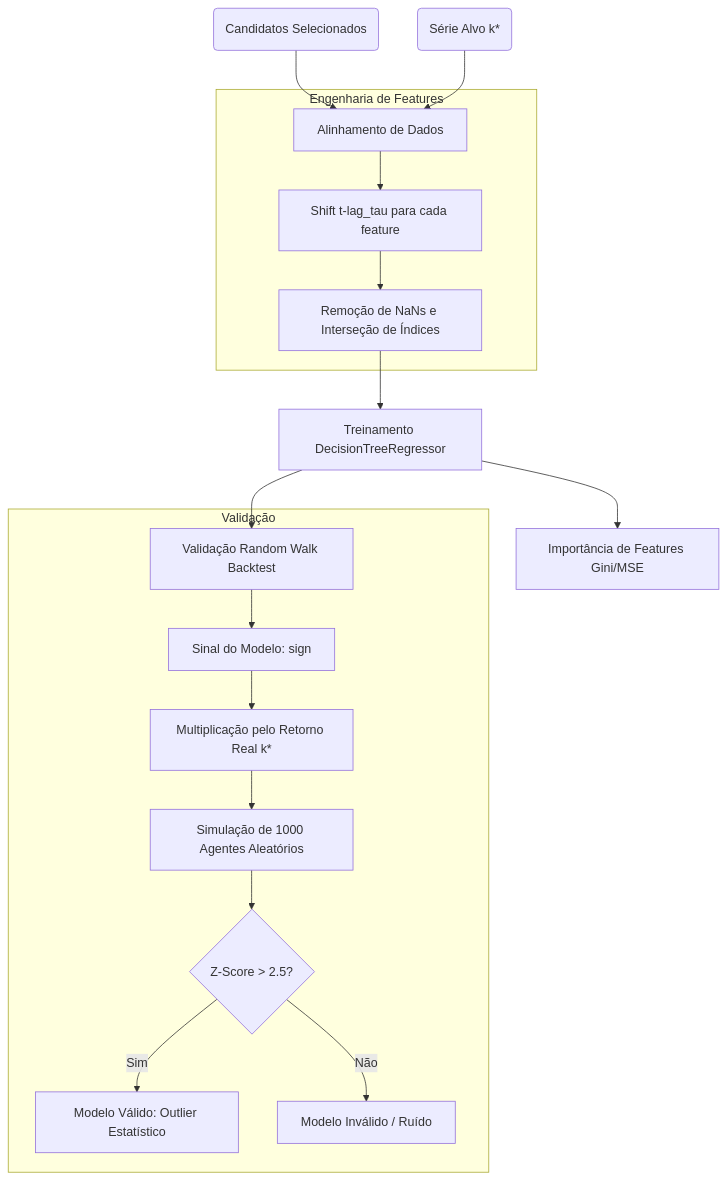
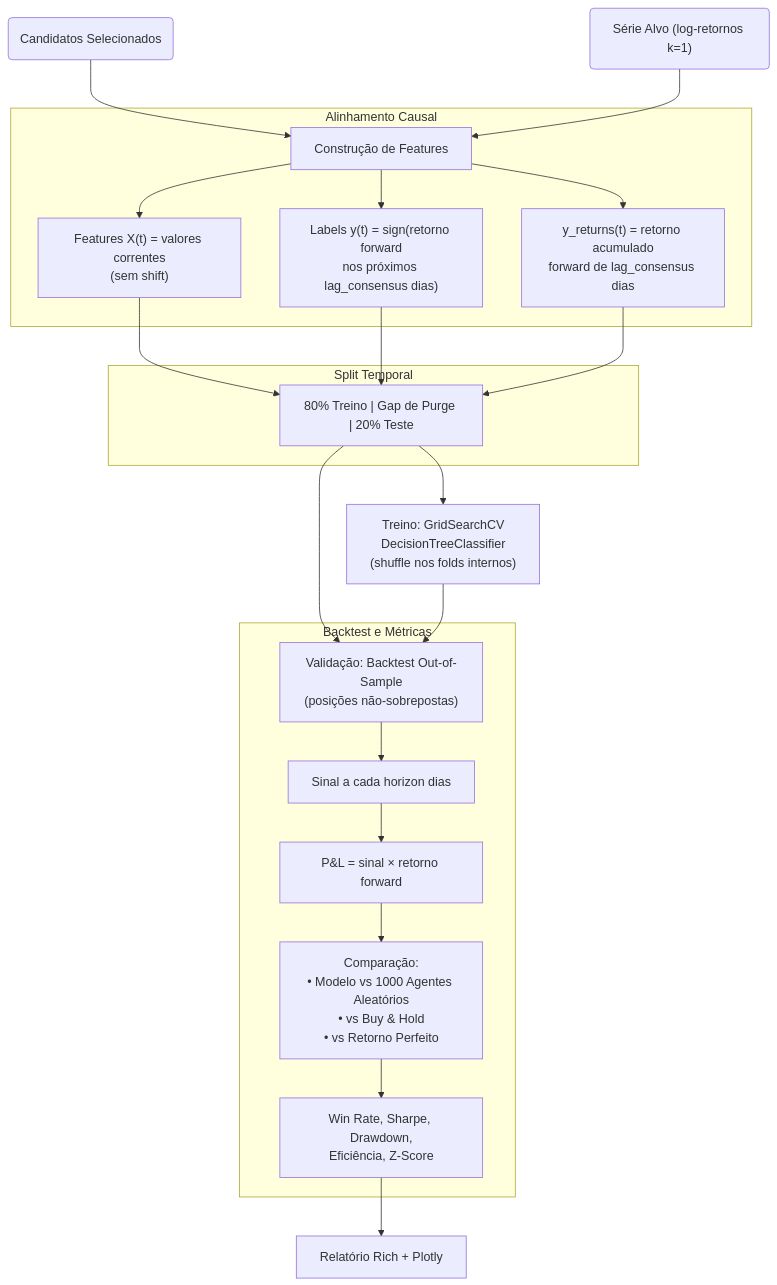
The third of 3 diagrams in README.md (ynaponte/st-fin-analise), drawn with Mermaid before and after one commit. The commit also changed other lines of this file and 11 other files, not shown here.

````diff
--- a/README.md
+++ b/README.md
@@ -117,23 +69,32 @@
 ```mermaid
 flowchart TD
-    Cands(Candidatos Selecionados) --> Build[Alinhamento de Dados]
-    Target(Série Alvo k*) --> Build
+    Cands(Candidatos Selecionados) --> Build[Construção de Features]
+    Target("Série Alvo (log-retornos k=1)") --> Build
     
-    subgraph Engenharia de Features
-        Build --> Shift[Shift t-lag_tau para cada feature]
-        Shift --> DropNA[Remoção de NaNs e Interseção de Índices]
+    subgraph "Alinhamento Causal"
+        Build --> Feat["Features X(t) = valores correntes<br>(sem shift)"]
+        Build --> Label["Labels y(t) = sign(retorno forward<br>nos próximos lag_consensus dias)"]
+        Build --> FwdRet["y_returns(t) = retorno acumulado<br>forward de lag_consensus dias"]
     end
     
-    DropNA --> Fit[Treinamento DecisionTreeRegressor]
-    Fit --> FeatImp[Importância de Features Gini/MSE]
-    Fit --> Val[Validação Random Walk Backtest]
+    subgraph "Split Temporal"
+        Feat --> Split["80% Treino | Gap de Purge | 20% Teste"]
+        Label --> Split
+        FwdRet --> Split
+    end
     
-    subgraph Validação
-        Val --> Pred[Sinal do Modelo: sign]
-        Pred --> Ret[Multiplicação pelo Retorno Real k*]
-        Ret --> Sim[Simulação de 1000 Agentes Aleatórios]
-        Sim --> ZScore{Z-Score > 2.5?}
-        ZScore -- Sim --> Outlier[Modelo Válido: Outlier Estatístico]
-        ZScore -- Não --> Inv[Modelo Inválido / Ruído]
+    Split --> Fit["Treino: GridSearchCV<br>DecisionTreeClassifier<br>(shuffle nos folds internos)"]
+    
+    Split --> Val["Validação: Backtest Out-of-Sample<br>(posições não-sobrepostas)"]
+    
+    Fit --> Val
+    
+    subgraph "Backtest e Métricas"
+        Val --> Sig["Sinal a cada horizon dias"]
+        Sig --> PnL["P&L = sinal × retorno forward"]
+        PnL --> Comp["Comparação:<br>• Modelo vs 1000 Agentes Aleatórios<br>• vs Buy & Hold<br>• vs Retorno Perfeito"]
+        Comp --> Metrics["Win Rate, Sharpe, Drawdown,<br>Eficiência, Z-Score"]
     end
+    
+    Metrics --> Report["Relatório Rich + Plotly"]
 ```
````
